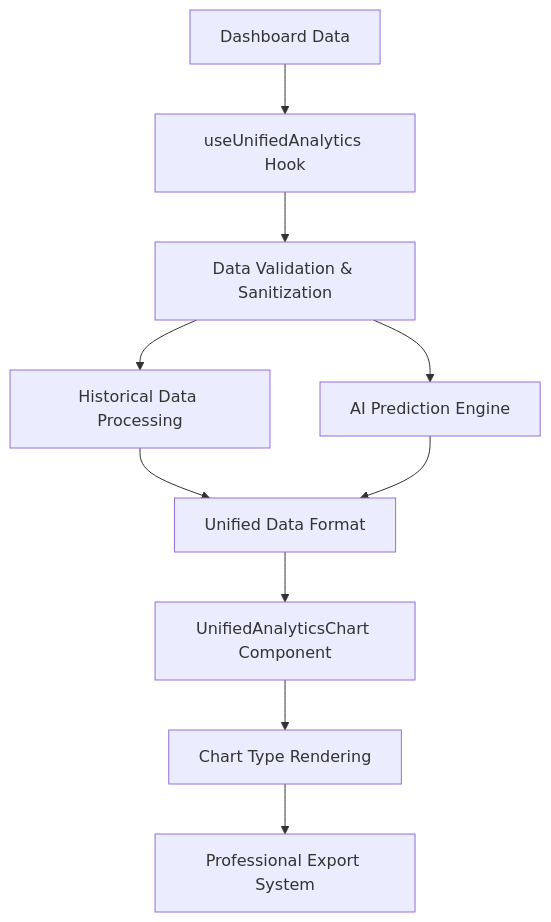
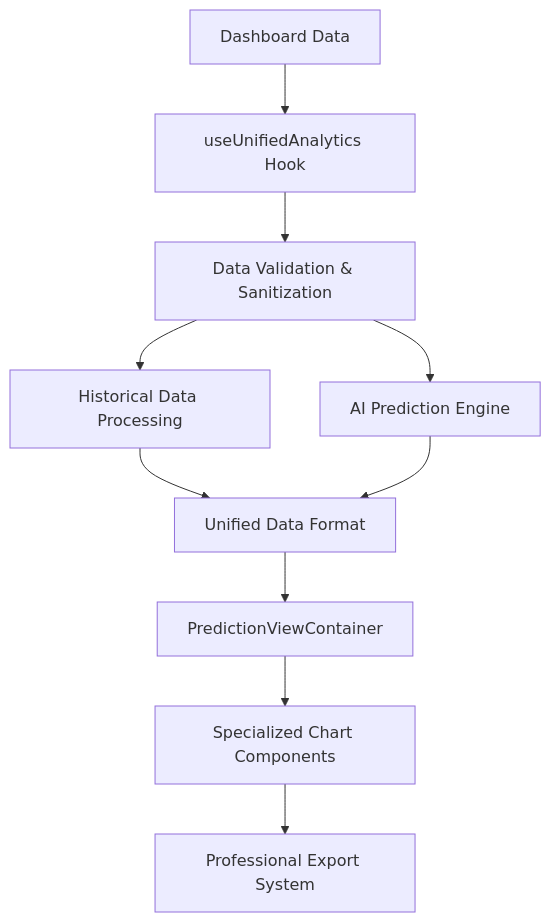
Before and after one commit to teja230/shopgauge: the diagram in docs/ADVANCED_ANALYTICS_COMPREHENSIVE.md, drawn with Mermaid. The commit also changed other lines of this file and 9 other files, not shown here.

First line of the commit message:
feat: enhance Advanced Analytics charts with axis labels, dynamic titles, and fix Classic View whitespace

````diff
--- a/docs/ADVANCED_ANALYTICS_COMPREHENSIVE.md
+++ b/docs/ADVANCED_ANALYTICS_COMPREHENSIVE.md
@@ -32,12 +32,12 @@
 ```mermaid
 graph TB
     A[Dashboard Data] --> B[useUnifiedAnalytics Hook]
     B --> C[Data Validation & Sanitization]
     C --> D[Historical Data Processing]
     C --> E[AI Prediction Engine]
     D --> F[Unified Data Format]
     E --> F
-    F --> G[UnifiedAnalyticsChart Component]
-    G --> H[Chart Type Rendering]
+    F --> G[PredictionViewContainer]
+    G --> H[Specialized Chart Components]
     H --> I[Professional Export System]
 ```
````
